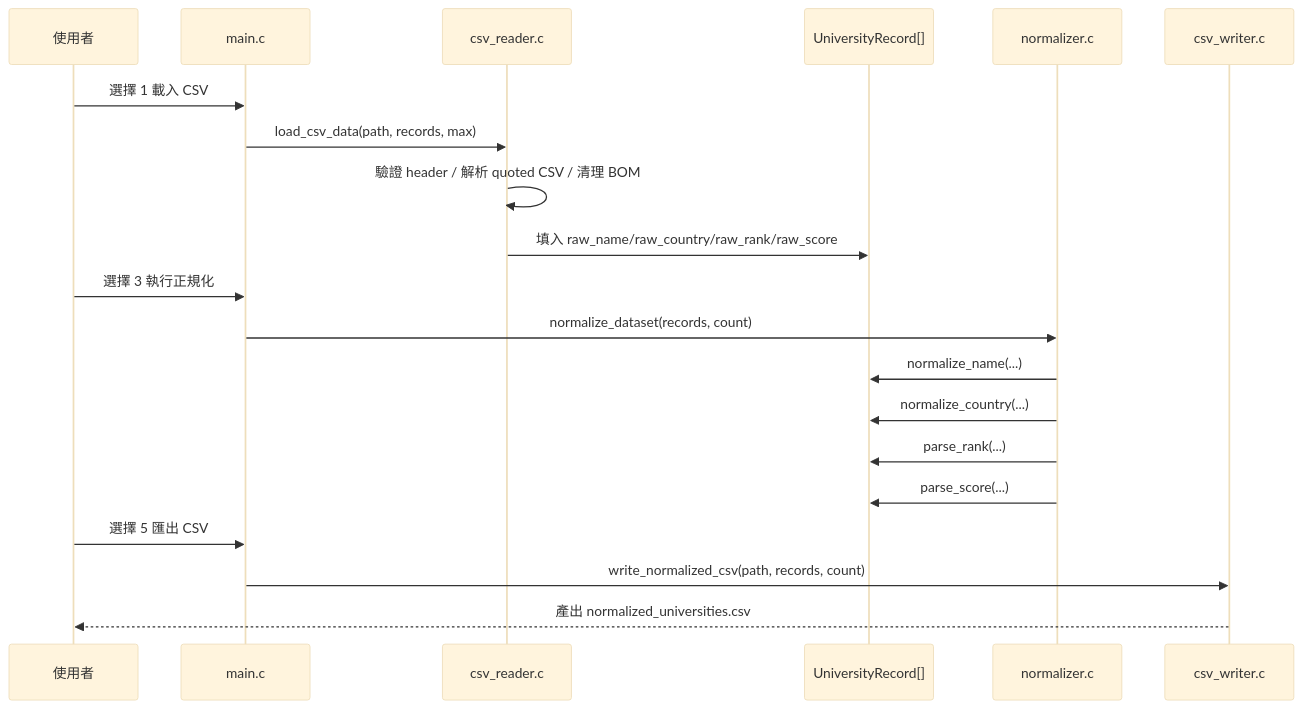
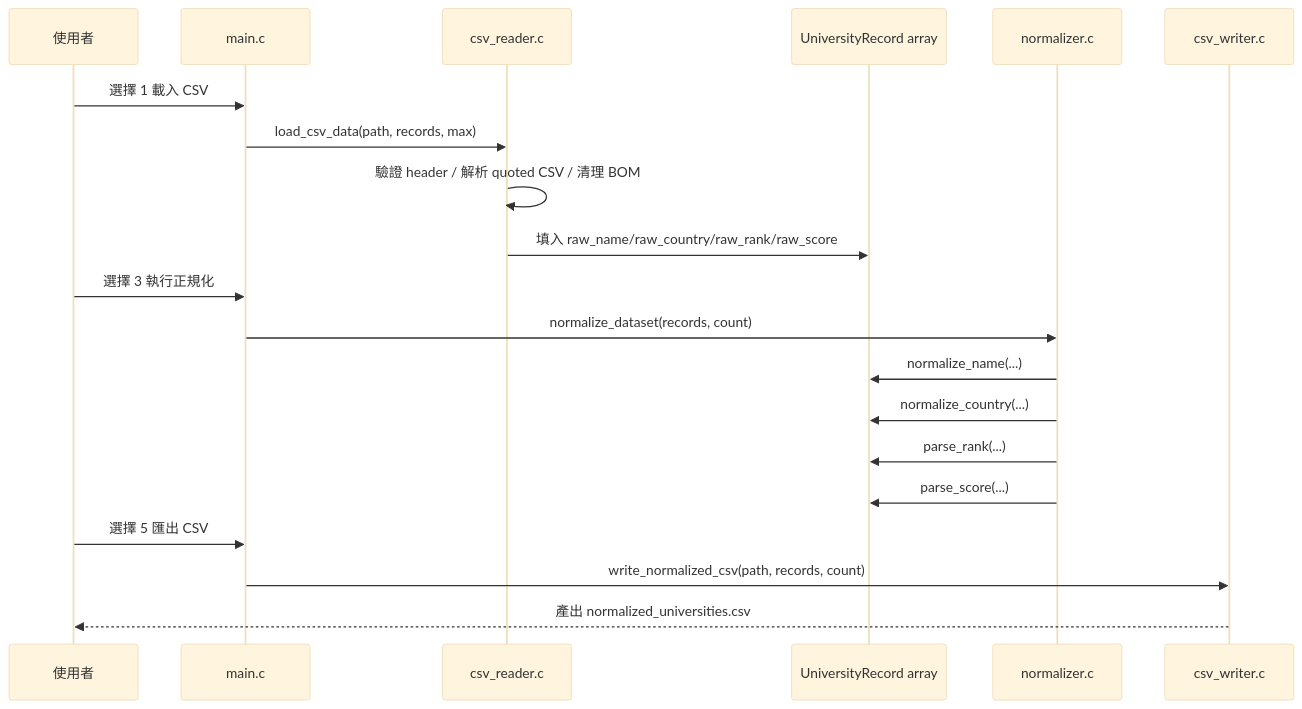
One commit to heinricitorgau/Clawer-C-Data-Normalization-Engine changed the third of 4 diagrams in c_engine/docs/architecture.md. Above: the diagram before and after it, drawn with Mermaid (base theme). The commit also changed other lines of this file, not shown here.

````diff
--- a/c_engine/docs/architecture.md
+++ b/c_engine/docs/architecture.md
@@ -83,25 +83,25 @@
 ```mermaid
 sequenceDiagram
     participant User as 使用者
     participant Main as main.c
     participant Reader as csv_reader.c
-    participant Record as UniversityRecord[]
+    participant Record as UniversityRecord array
     participant Norm as normalizer.c
     participant Writer as csv_writer.c
 
     User->>Main: 選擇 1 載入 CSV
     Main->>Reader: load_csv_data(path, records, max)
     Reader->>Reader: 驗證 header / 解析 quoted CSV / 清理 BOM
     Reader->>Record: 填入 raw_name/raw_country/raw_rank/raw_score
 
     User->>Main: 選擇 3 執行正規化
     Main->>Norm: normalize_dataset(records, count)
     Norm->>Record: normalize_name(...)
     Norm->>Record: normalize_country(...)
     Norm->>Record: parse_rank(...)
     Norm->>Record: parse_score(...)
 
     User->>Main: 選擇 5 匯出 CSV
     Main->>Writer: write_normalized_csv(path, records, count)
     Writer-->>User: 產出 normalized_universities.csv
 ```
````
